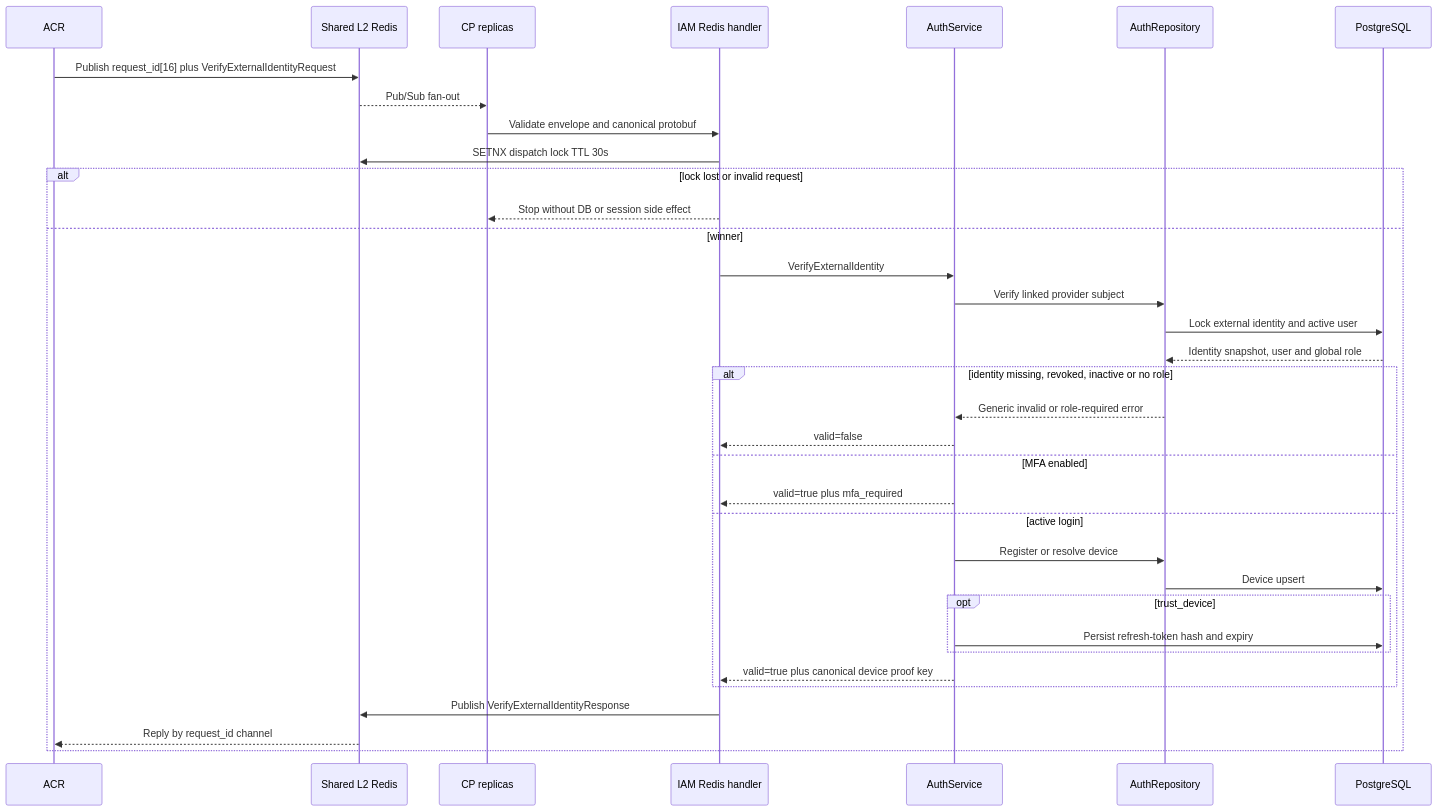
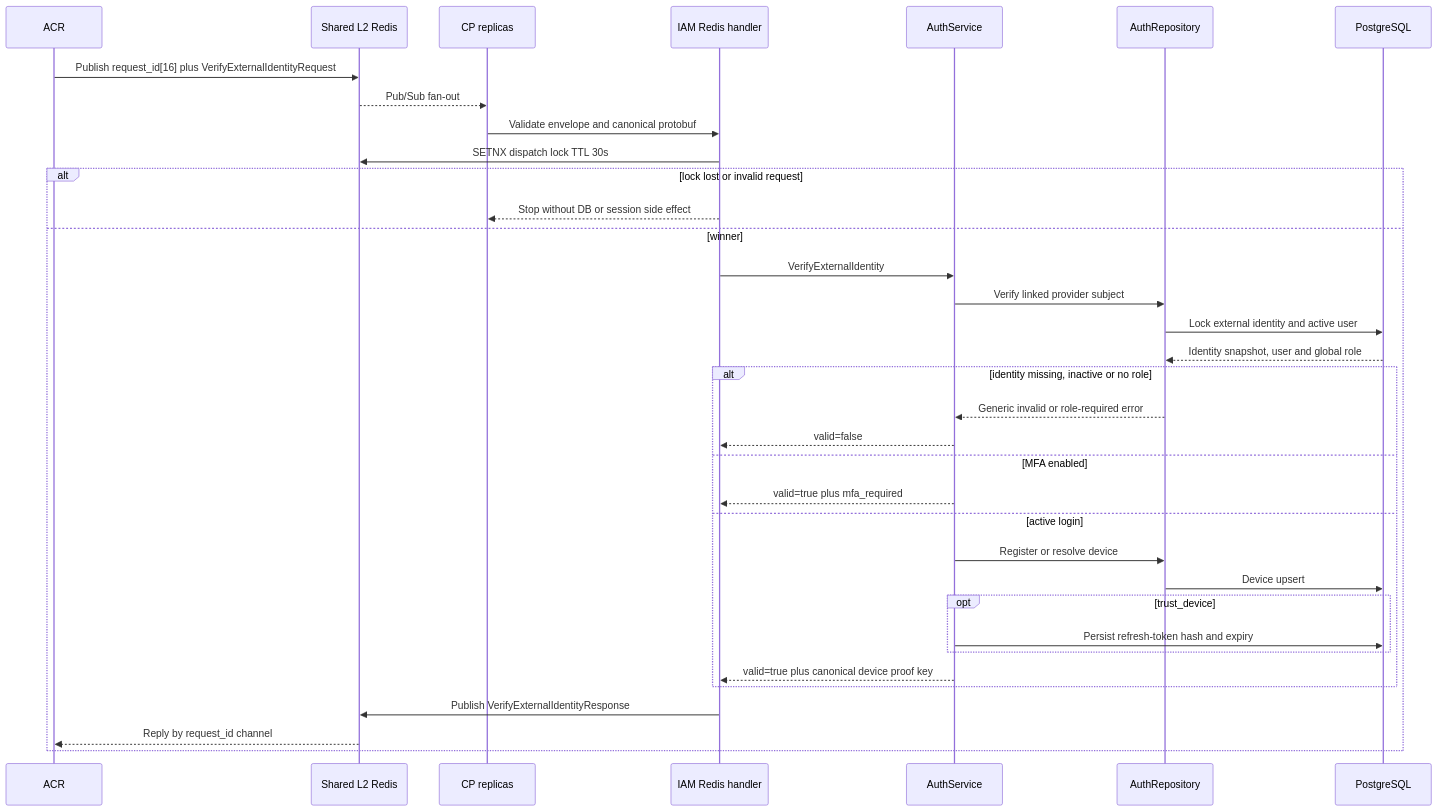
One commit to phucle996/aurora changed the third of 3 diagrams in god_view/iam/social_login_god_view_workflow.md. Above: the diagram before and after it, drawn with Mermaid. The commit also changed other lines of this file and 165 other files, not shown here.

````diff
--- a/god_view/iam/social_login_god_view_workflow.md
+++ b/god_view/iam/social_login_god_view_workflow.md
@@ -313,38 +329,38 @@
 ```mermaid
 sequenceDiagram
     participant A as ACR
     participant R as Shared L2 Redis
     participant CP as CP replicas
     participant H as IAM Redis handler
     participant S as AuthService
     participant Repo as AuthRepository
     participant DB as PostgreSQL
 
     A->>R: Publish request_id[16] plus VerifyExternalIdentityRequest
     R-->>CP: Pub/Sub fan-out
     CP->>H: Validate envelope and canonical protobuf
     H->>R: SETNX dispatch lock TTL 30s
     alt lock lost or invalid request
         H-->>CP: Stop without DB or session side effect
     else winner
         H->>S: VerifyExternalIdentity
         S->>Repo: Verify linked provider subject
         Repo->>DB: Lock external identity and active user
         DB-->>Repo: Identity snapshot, user and global role
-        alt identity missing, revoked, inactive or no role
+        alt identity missing, inactive or no role
             Repo-->>S: Generic invalid or role-required error
             S-->>H: valid=false
         else MFA enabled
             S-->>H: valid=true plus mfa_required
         else active login
             S->>Repo: Register or resolve device
             Repo->>DB: Device upsert
             opt trust_device
                 S->>DB: Persist refresh-token hash and expiry
             end
             S-->>H: valid=true plus canonical device proof key
         end
         H->>R: Publish VerifyExternalIdentityResponse
         R-->>A: Reply by request_id channel
     end
 ```
````
